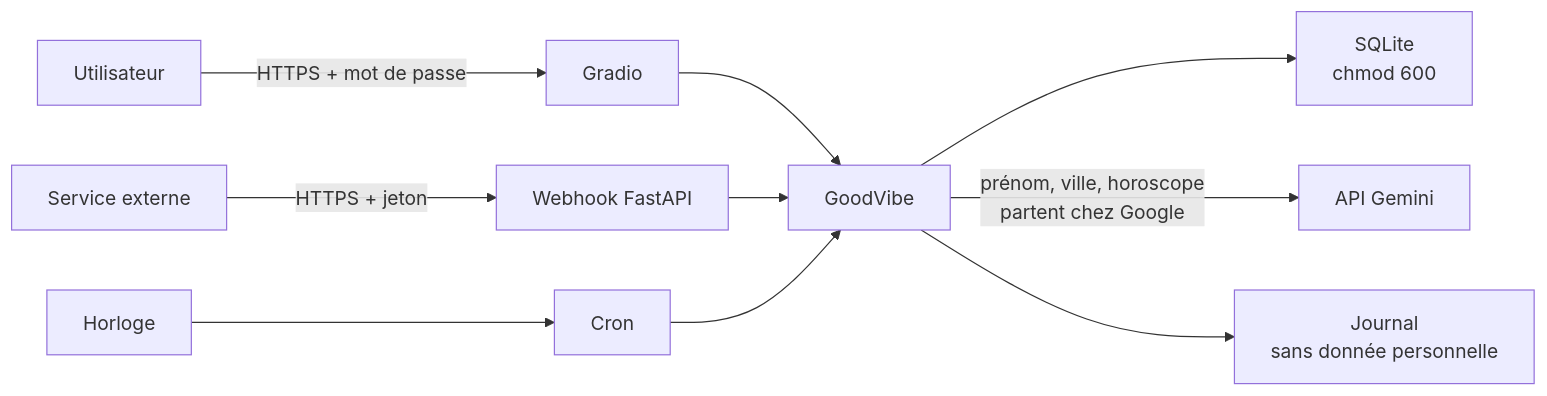
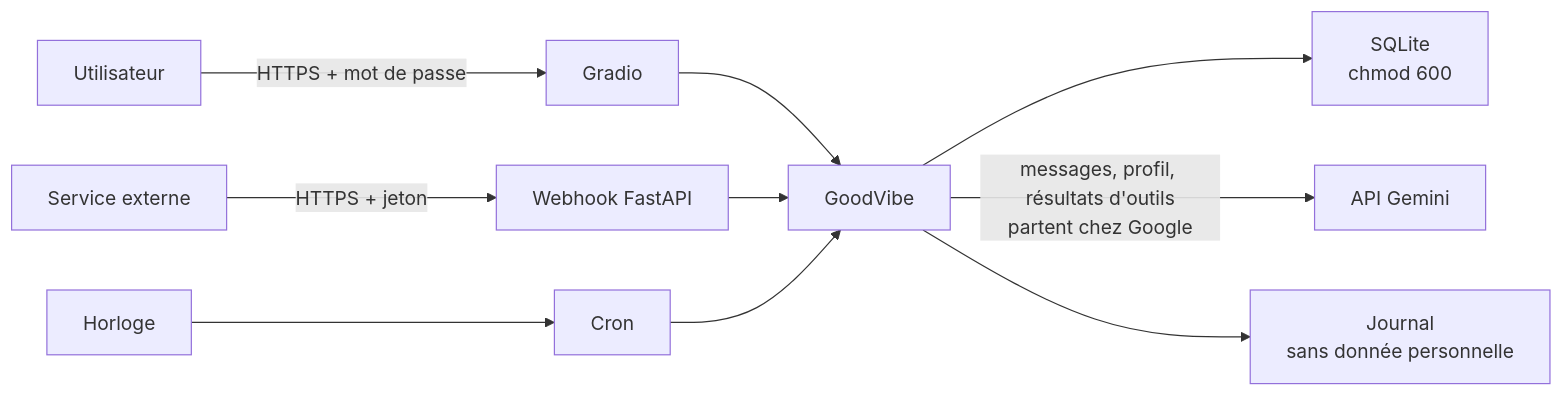
One commit to lecinquiemejour-code/goodvibe-tuto changed the sixth of 42 diagrams in tuto-goodvibe-vibecoding.md. Above: the diagram before and after it, drawn with Mermaid. The commit also changed other lines of this file and 2 other files, not shown here.

Commit message:
docs(tuto, readme, prd): GoodVibe range ses données sur le serveur, mais chaque message part vers Gemini, qui en conserve une trace (T7)

````diff
--- a/tuto-goodvibe-vibecoding.md
+++ b/tuto-goodvibe-vibecoding.md
@@ -464,10 +464,10 @@
 ```mermaid
 flowchart LR
     U["Utilisateur"] -- "HTTPS + mot de passe" --> G["Gradio"]
     X["Service externe"] -- "HTTPS + jeton" --> W["Webhook FastAPI"]
     H["Horloge"] --> K["Cron"]
     G & W & K --> A["GoodVibe"]
     A --> DB["SQLite<br/>chmod 600"]
-    A -- "prénom, ville, horoscope<br/>partent chez Google" --> GEM["API Gemini"]
+    A -- "messages, profil, résultats d'outils<br/>partent chez Google" --> GEM["API Gemini"]
     A --> LOG["Journal<br/>sans donnée personnelle"]
 ```
````
